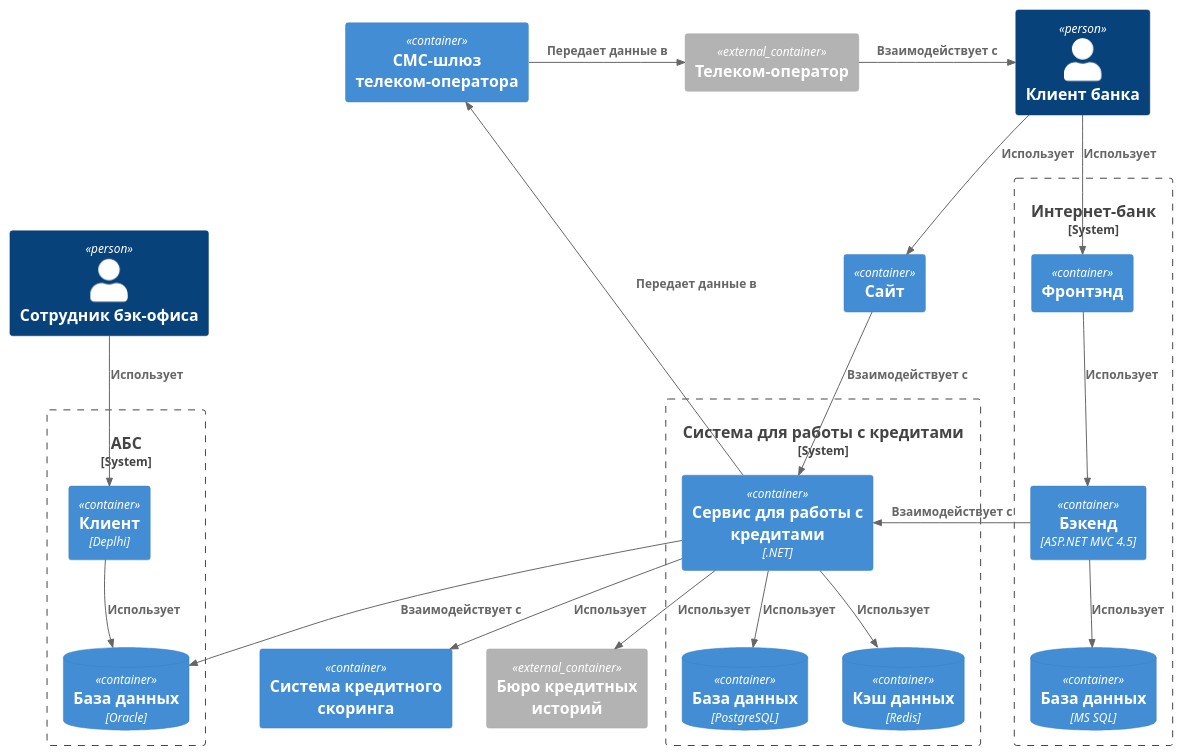
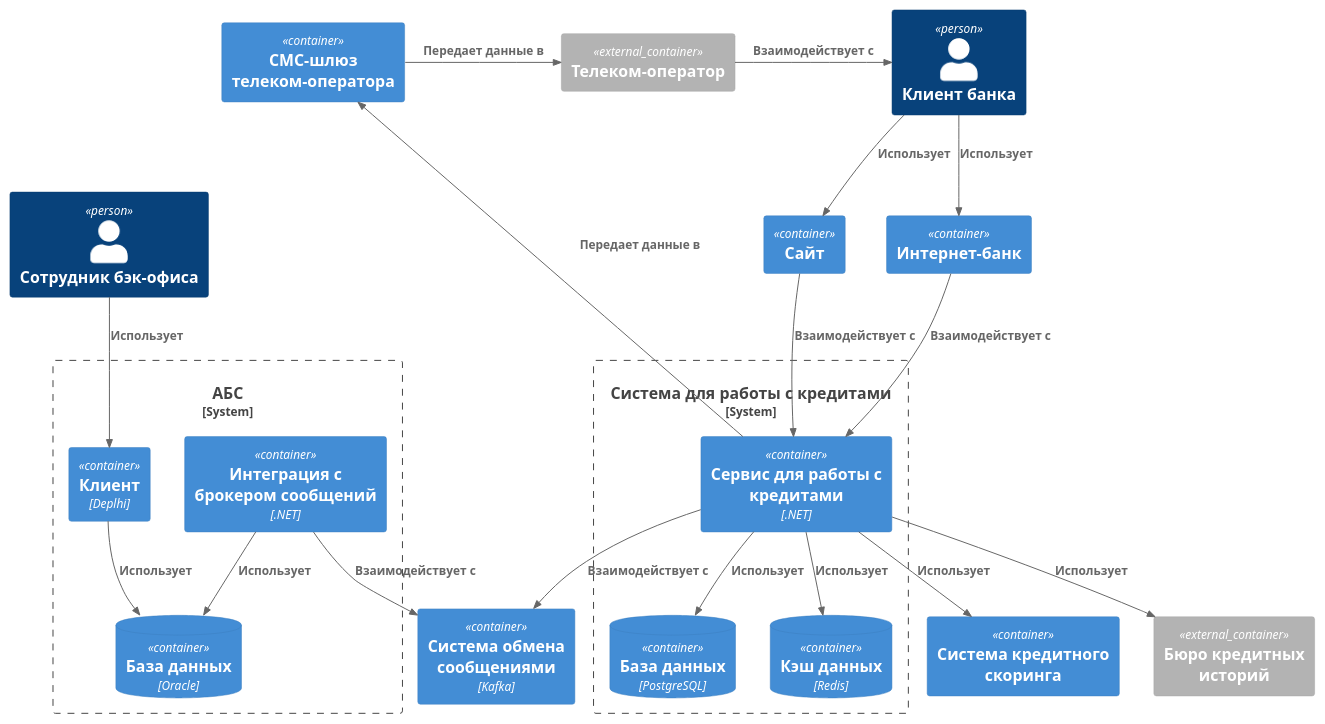
One commit to vsevolod-nikitin/yandex-practicum-architecture-pro-standart changed the diagram in Task5/Containers.puml. Above: the diagram before and after it, drawn with PlantUML. The commit also changed 7 other files, not shown here.

Commit message:
Дополнение 5 задания. Изменение схем 3 и 4 заданий.

```diff
--- a/Task5/Containers.puml
+++ b/Task5/Containers.puml
@@ -1,56 +1,53 @@
 @startuml Containers
 !include https://raw.githubusercontent.com/plantuml-stdlib/C4-PlantUML/master/C4_Container.puml
 
 Person(client, "Клиент банка")
 Person(backEmployee, "Сотрудник бэк-офиса")
 
 Container(website, "Сайт")
-
-System_Boundary(internetBankSystem, "Интернет-банк"){
-    Container(internetBankFrontend, "Фронтэнд")
-    Container(internetBank, "Бэкенд", "ASP.NET MVC 4.5")
-    ContainerDb(internetBankDb, "База данных", "MS SQL")
-}
+Container(internetBank, "Интернет-банк")
 
 System_Boundary(absSystem, "АБС"){
     Container(abs, "Клиент", "Deplhi")
+    Container(absMQIntegration, "Интеграция с брокером сообщений", ".NET")
     ContainerDb(absDb, "База данных", "Oracle")
 }
 
 System_Boundary(creditSystem, "Система для работы с кредитами"){
     Container(creditService, "Сервис для работы с кредитами", ".NET")
     ContainerDb(creditServiceDb, "База данных", "PostgreSQL")
     ContainerDb(creditCache, "Кэш данных", "Redis")
 }
 
 Container(scoringSystem, "Система кредитного скоринга")
 Container(smsGateway, "СМС-шлюз телеком-оператора")
+Container(messageBroker, "Система обмена сообщениями", "Kafka")
 
 Container_Ext(telecomOperator, "Телеком-оператор")
 Container_Ext(creditBureau, "Бюро кредитных историй")
 
-Rel(client, internetBankFrontend, "Использует")
+Rel(client, internetBank, "Использует")
 Rel(client, website, "Использует")
 
 Rel(backEmployee, abs, "Использует")
 Rel(internetBank, creditService, "Взаимодействует с")
 Rel(website, creditService, "Взаимодействует с")
 
 Rel_R(creditService, smsGateway, "Передает данные в")
-Rel(creditService, absDb, "Взаимодействует с")
 Rel(creditService, creditServiceDb, "Использует")
 Rel(creditService, creditCache, "Использует")
 
 Rel_R(smsGateway, telecomOperator, "Передает данные в")
 Rel_R(telecomOperator, client, "Взаимодействует с")
 
-Rel(internetBankFrontend, internetBank, "Использует")
-Rel(internetBank, internetBankDb, "Использует")
-
 Rel(abs, absDb, "Использует")
 Rel(creditService, scoringSystem, "Использует")
 Rel(creditService, creditBureau, "Использует")
 
+Rel(absMQIntegration, messageBroker, "Взаимодействует с")
+Rel(absMQIntegration, absDb, "Использует")
+Rel(creditService, messageBroker, "Взаимодействует с")
+
 LAYOUT_TOP_DOWN()
 
 @enduml
```
